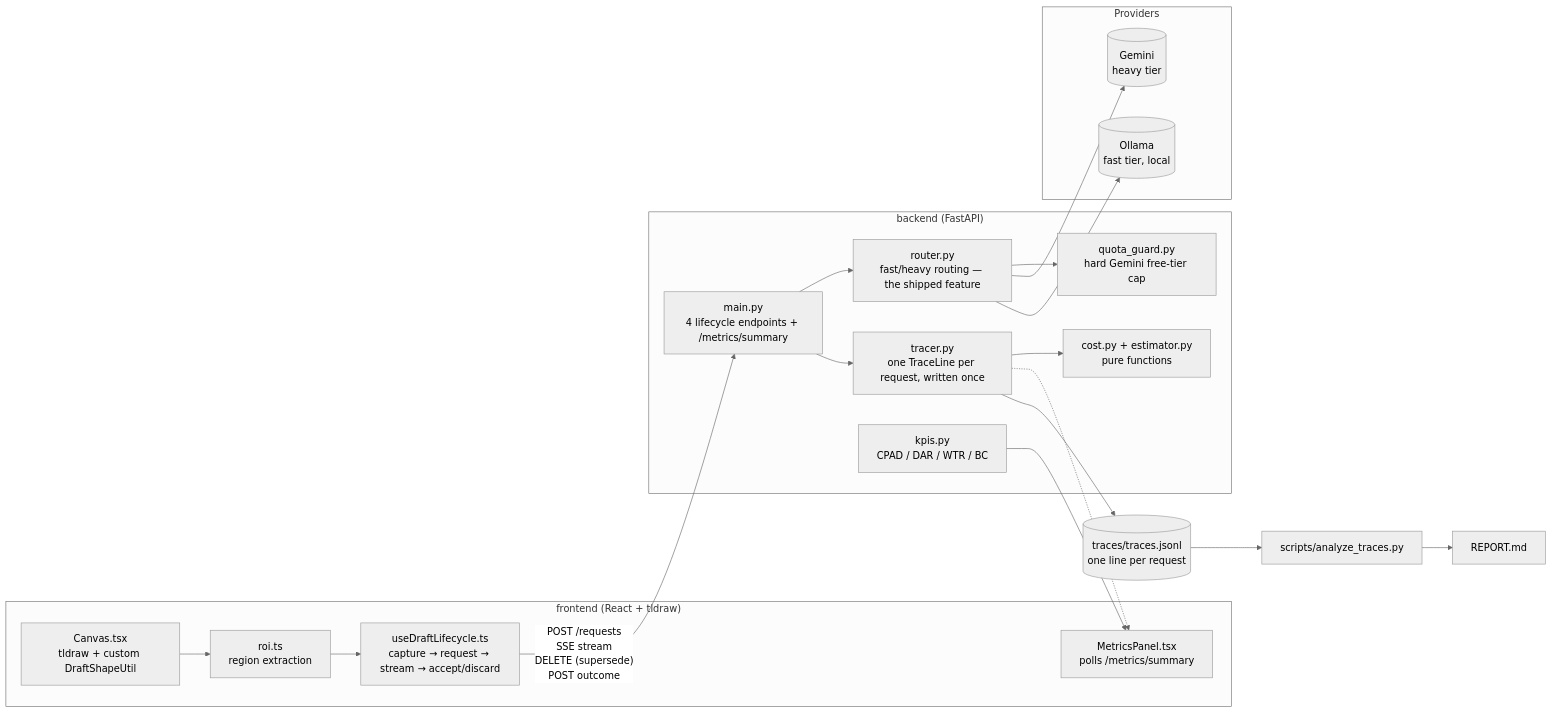
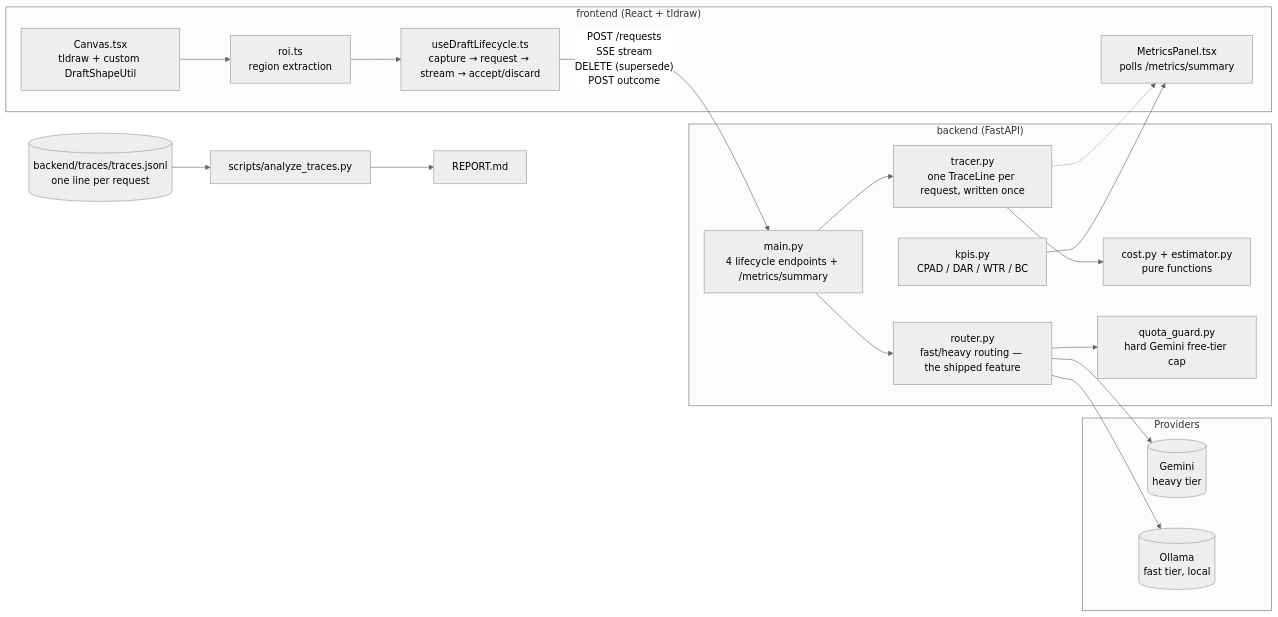
Before and after one commit to Siddhuuuu/SLATE: the diagram in README.md, drawn with Mermaid (neutral theme).

````diff
--- a/README.md
+++ b/README.md
@@ -41,34 +41,34 @@
 ```mermaid
 flowchart LR
     subgraph Frontend["frontend (React + tldraw)"]
         Canvas["Canvas.tsx<br/>tldraw + custom DraftShapeUtil"]
         ROI["roi.ts<br/>region extraction"]
         Lifecycle["useDraftLifecycle.ts<br/>capture → request → stream → accept/discard"]
         Panel["MetricsPanel.tsx<br/>polls /metrics/summary"]
     end
 
     subgraph Backend["backend (FastAPI)"]
         API["main.py<br/>4 lifecycle endpoints + /metrics/summary"]
         Router["router.py<br/>fast/heavy routing — the shipped feature"]
         Tracer["tracer.py<br/>one TraceLine per request, written once"]
         KPIs["kpis.py<br/>CPAD / DAR / WTR / BC"]
         Cost["cost.py + estimator.py<br/>pure functions"]
         Guard["quota_guard.py<br/>hard Gemini free-tier cap"]
     end
 
     subgraph Providers
         Gemini[("Gemini<br/>heavy tier")]
         Ollama[("Ollama<br/>fast tier, local")]
     end
 
     Canvas --> ROI --> Lifecycle
     Lifecycle -- "POST /requests<br/>SSE stream<br/>DELETE (supersede)<br/>POST outcome" --> API
     API --> Router --> Guard
     Router --> Gemini
     Router --> Ollama
     API --> Tracer --> Cost
     Tracer -.-> Panel
     KPIs --> Panel
-    Tracer --> Traces[("traces/traces.jsonl<br/>one line per request")]
+    Traces[("backend/traces/traces.jsonl<br/>one line per request")]
     Traces --> Analyze["scripts/analyze_traces.py"] --> Report["REPORT.md"]
 ```
````
